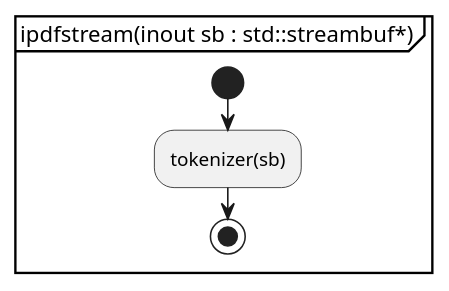
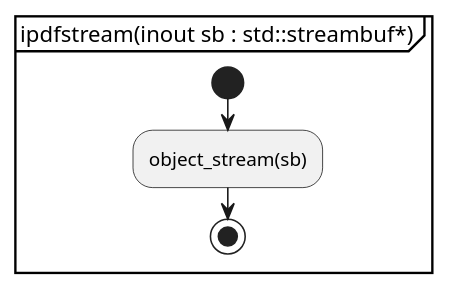
The first of 5 diagrams in document/document_reader/ipdfstream/ipdfstream.activity.pu (KodaiYM/PDFReader), drawn with PlantUML before and after one commit. The commit also changed other lines of this file and 55 other files, not shown here.

Commit message:
ipdfstream と tokenizer の間に object_stream を追加して、ipdfstream の機能だったオブジェクト解析処理を移動した

```diff
--- a/document/document_reader/ipdfstream/ipdfstream.activity.pu
+++ b/document/document_reader/ipdfstream/ipdfstream.activity.pu
@@ -1,7 +1,7 @@
 @startuml ipdfstream
 partition "ipdfstream(inout sb : std::streambuf*)" {
 start
-	:tokenizer(sb);
+	:object_stream(sb);
 stop
 }
 @enduml
```
